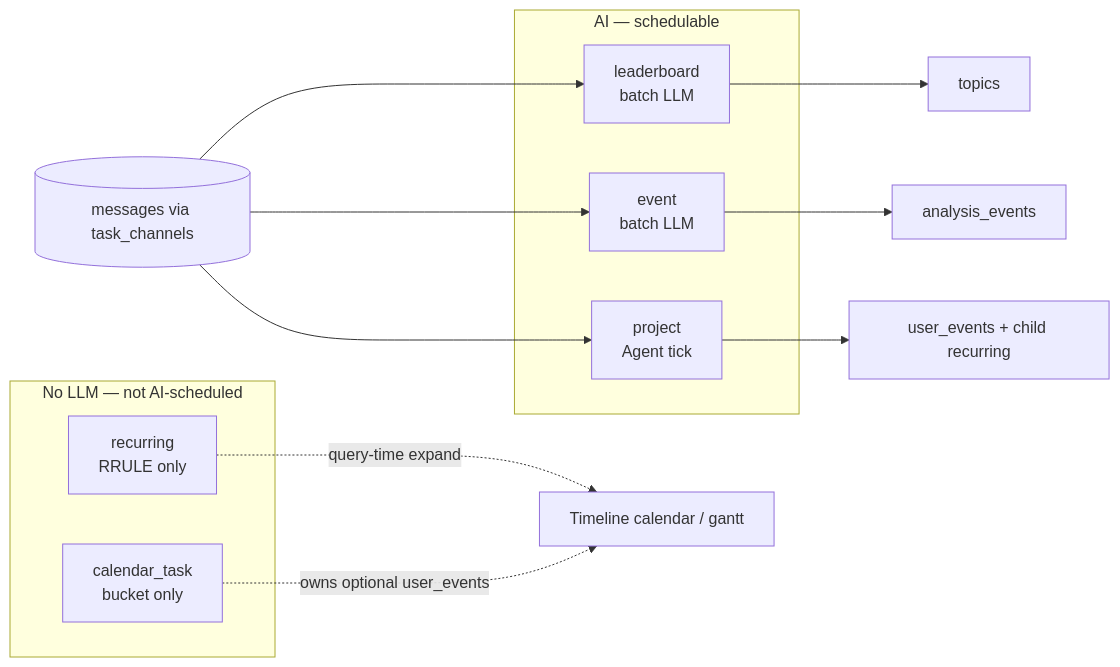
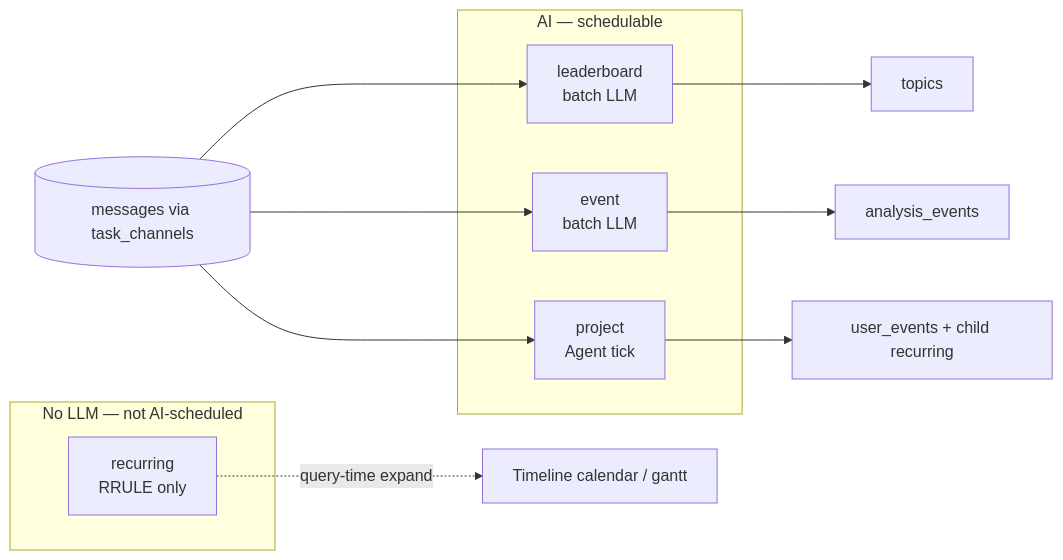
One commit to Wing9897/im changed the second of 4 diagrams in docs/diagrams/README.md. Above: the diagram before and after it, drawn with Mermaid. The commit also changed other lines of this file and 314 other files, not shown here.

````diff
--- a/docs/diagrams/README.md
+++ b/docs/diagrams/README.md
@@ -63,20 +60,18 @@
 ```mermaid
 flowchart LR
   subgraph AI["AI — schedulable"]
     L[leaderboard<br/>batch LLM]
     E[event<br/>batch LLM]
     P[project<br/>Agent tick]
   end
 
   subgraph NOAI["No LLM — not AI-scheduled"]
     R[recurring<br/>RRULE only]
-    C[calendar_task<br/>bucket only]
   end
 
   MSG[(messages via task_channels)] --> L & E & P
   R -.->|"query-time expand"| CAL[Timeline calendar / gantt]
-  C -.->|"owns optional user_events"| CAL
   L --> OUT1[topics]
   E --> OUT2[analysis_events]
   P --> OUT3[user_events + child recurring]
 ```
````
